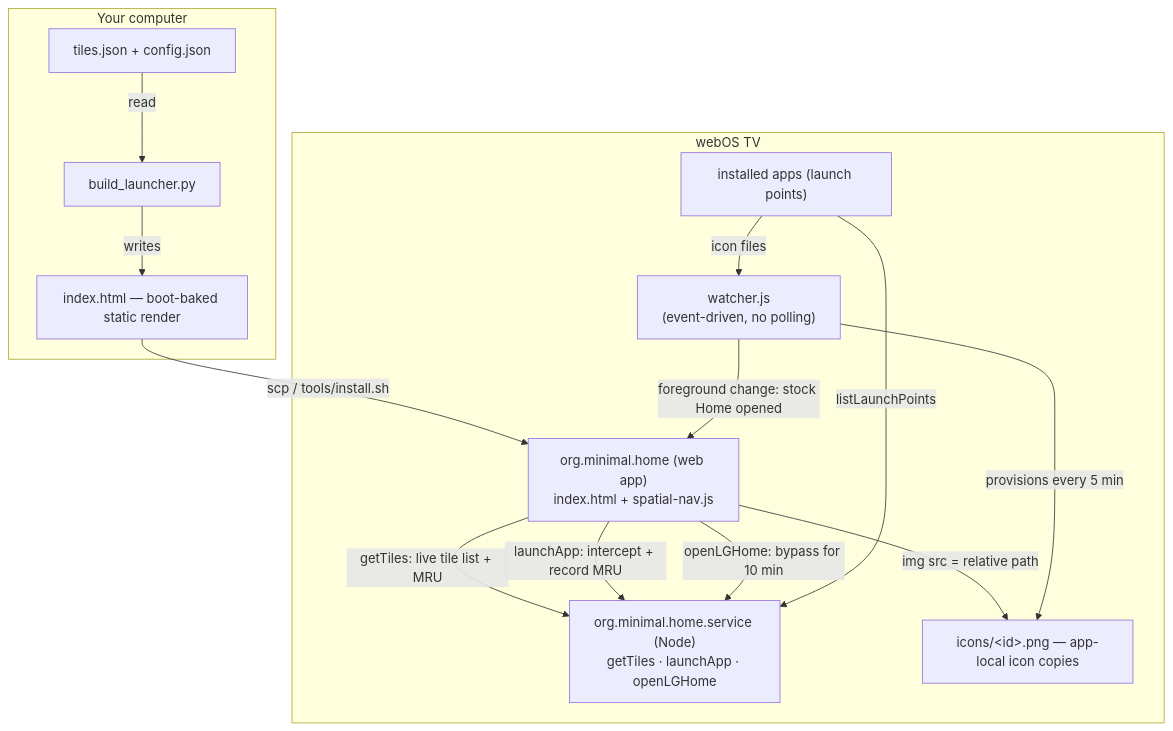
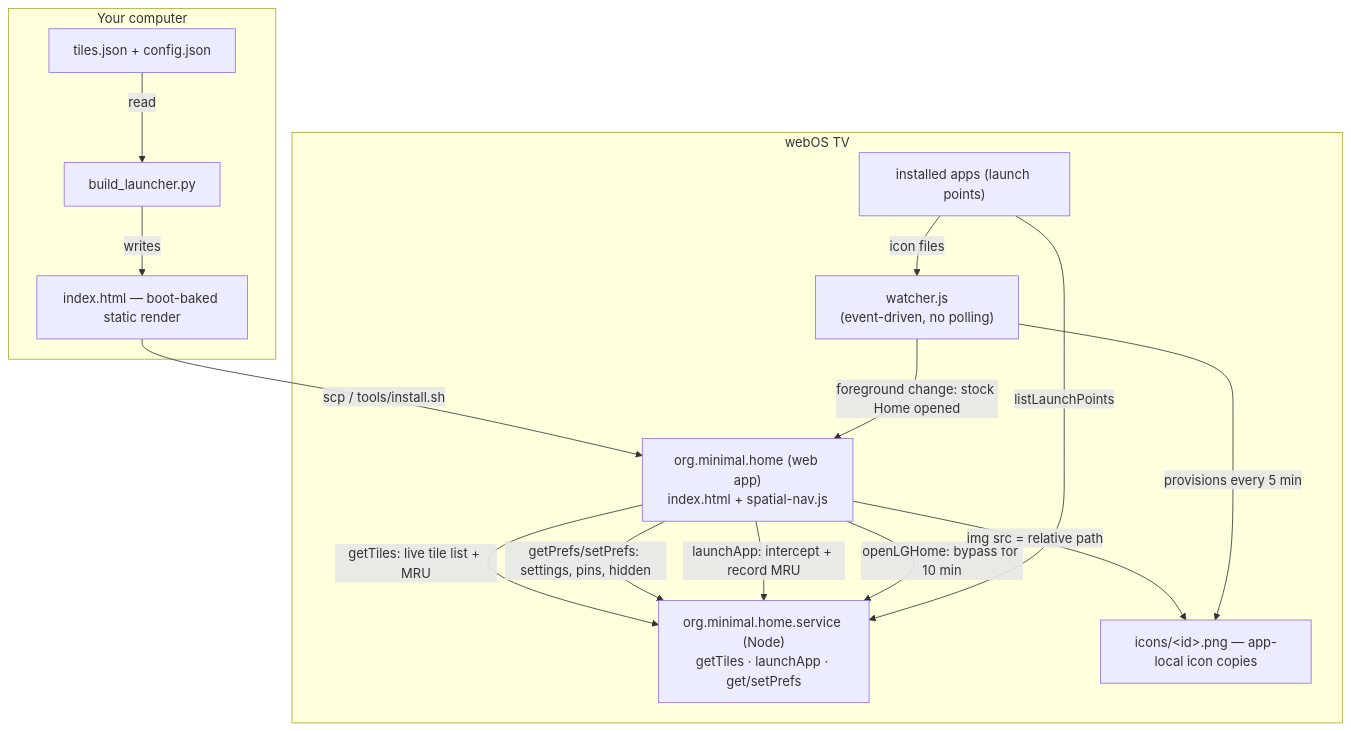
Before and after one commit to Pragalbha-Patil/lg-root: the diagram in README.md, drawn with Mermaid. The commit also changed other lines of this file and 10 other files, not shown here.

First line of the commit message:
v1.1.0: on-launcher settings, per-app options, pin/hide/search, live input tiles, fix HDMI input switching

````diff
--- a/README.md
+++ b/README.md
@@ -182,31 +217,32 @@
 ```mermaid
 flowchart TB
     subgraph pc["Your computer"]
         source["tiles.json + config.json"]
         build["build_launcher.py"]
         baked["index.html — boot-baked static render"]
     end
 
     subgraph tv["webOS TV"]
         app["org.minimal.home (web app)<br/>index.html + spatial-nav.js"]
-        svc["org.minimal.home.service (Node)<br/>getTiles · launchApp · openLGHome"]
+        svc["org.minimal.home.service (Node)<br/>getTiles · launchApp · get/setPrefs"]
         watch["watcher.js<br/>(event-driven, no polling)"]
         icons["icons/&lt;id&gt;.png — app-local icon copies"]
         lps["installed apps (launch points)"]
     end
 
     source -->|read| build
     build -->|writes| baked
     baked -->|scp / tools/install.sh| app
 
     app -->|getTiles: live tile list + MRU| svc
+app -->|getPrefs/setPrefs: settings, pins, hidden| svc
     app -->|launchApp: intercept + record MRU| svc
     app -->|openLGHome: bypass for 10 min| svc
     app -->|img src = relative path| icons
 
     lps -->|listLaunchPoints| svc
     lps -->|icon files| watch
     watch -->|provisions every 5 min| icons
 
     watch -->|foreground change: stock Home opened| app
 ```
````
